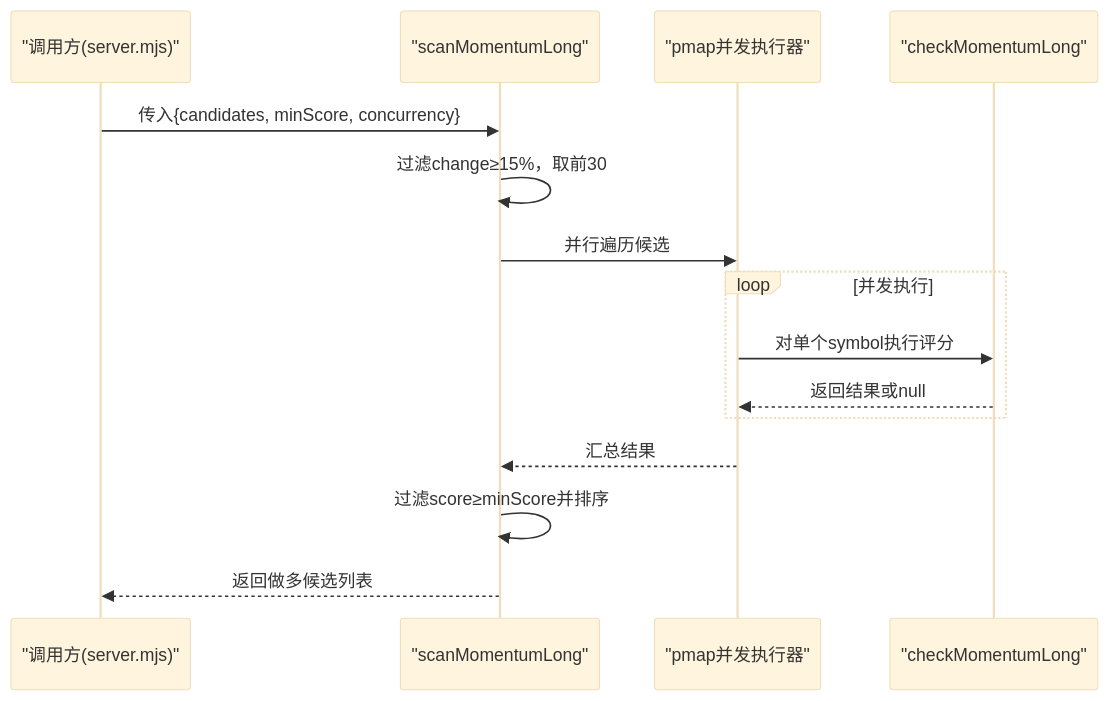
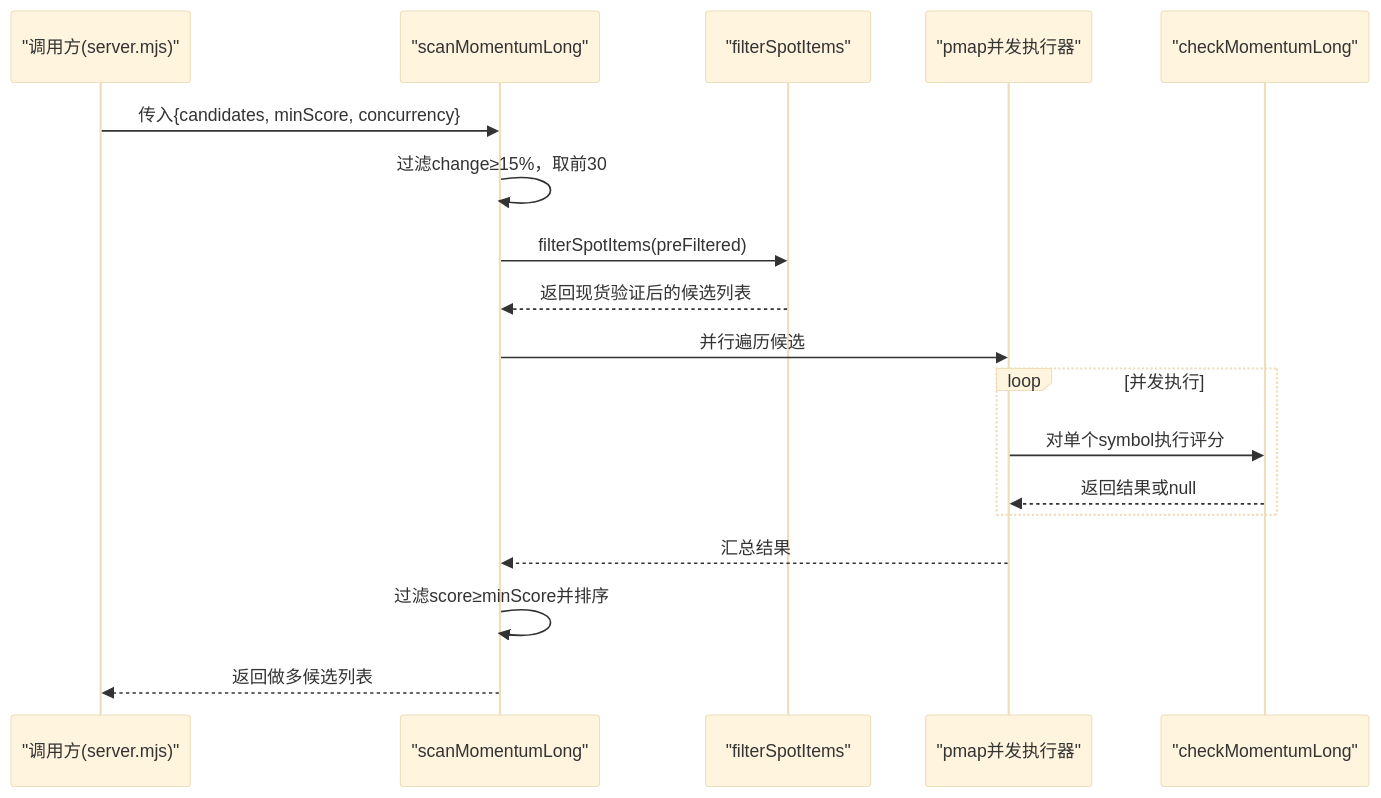
The sixth of 8 diagrams in .qoder/repowiki/zh/content/核心功能模块/动量做多扫描.md (kekexilinan/BinaceSmart), drawn with Mermaid (base theme) before and after one commit. The commit also changed other lines of this file and 63 other files, not shown here.

````diff
--- a/.qoder/repowiki/zh/content/核心功能模块/动量做多扫描.md
+++ b/.qoder/repowiki/zh/content/核心功能模块/动量做多扫描.md
@@ -142,17 +246,20 @@
 ```mermaid
 sequenceDiagram
 participant Caller as "调用方(server.mjs)"
 participant Scan as "scanMomentumLong"
+participant Spot as "filterSpotItems"
 participant Worker as "pmap并发执行器"
 participant Eval as "checkMomentumLong"
 Caller->>Scan : 传入{candidates, minScore, concurrency}
 Scan->>Scan : 过滤change≥15%，取前30
+Scan->>Spot : filterSpotItems(preFiltered)
+Spot-->>Scan : 返回现货验证后的候选列表
 Scan->>Worker : 并行遍历候选
 loop 并发执行
 Worker->>Eval : 对单个symbol执行评分
 Eval-->>Worker : 返回结果或null
 end
 Worker-->>Scan : 汇总结果
 Scan->>Scan : 过滤score≥minScore并排序
 Scan-->>Caller : 返回做多候选列表
 ```
````
